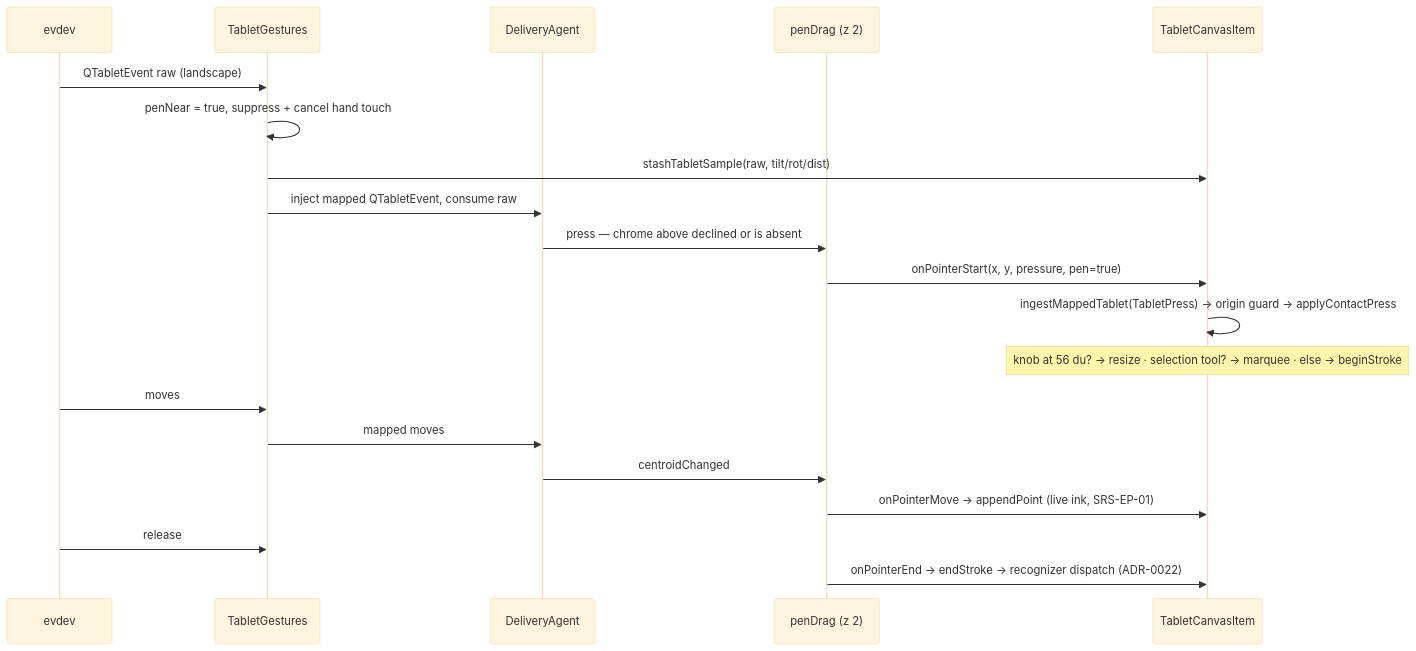
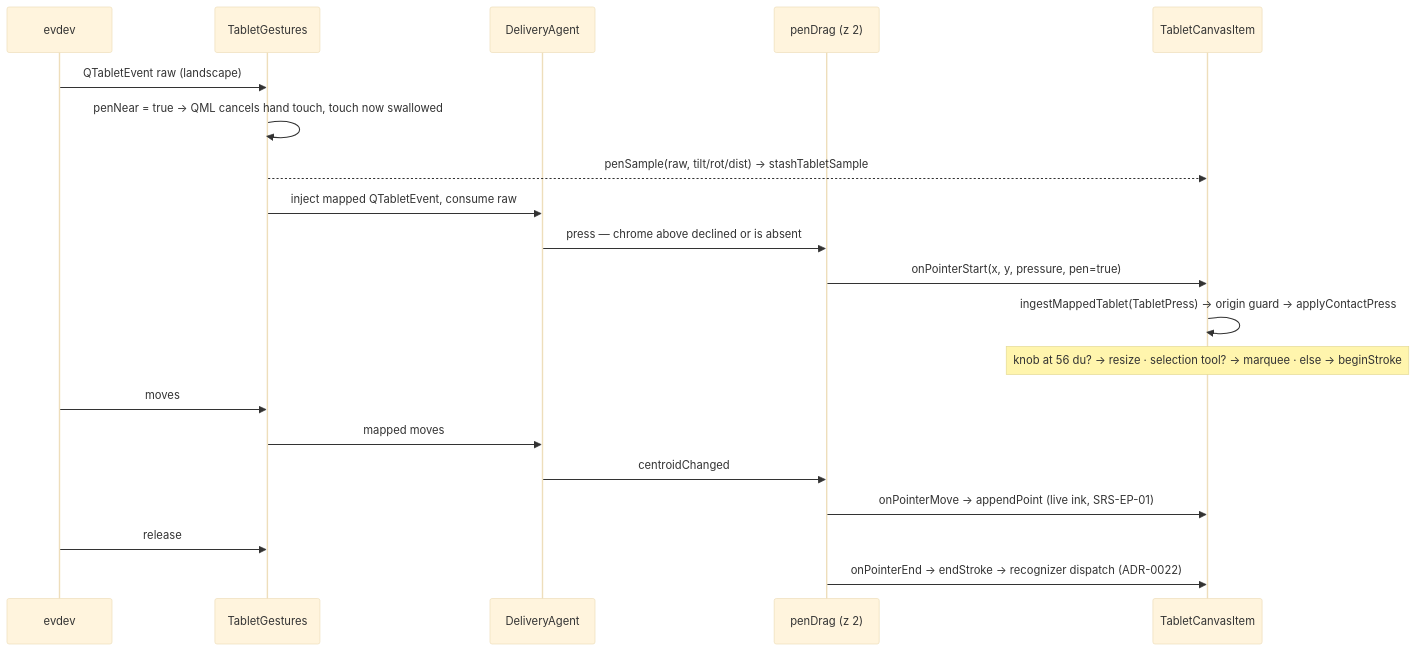
One commit to hoaidv/reawa changed the second of 4 diagrams in .docs/modules/epaper/features/event-system/event-flow.md. Above: the diagram before and after it, drawn with Mermaid (base theme). The commit also changed other lines of this file and 9 other files, not shown here.

````diff
--- a/.docs/modules/epaper/features/event-system/event-flow.md
+++ b/.docs/modules/epaper/features/event-system/event-flow.md
@@ -107,22 +129,22 @@
 ```mermaid
 sequenceDiagram
   participant K as evdev
   participant F as TabletGestures
   participant A as DeliveryAgent
   participant H as penDrag (z 2)
   participant C as TabletCanvasItem
   K->>F: QTabletEvent raw (landscape)
-  F->>F: penNear = true, suppress + cancel hand touch
-  F->>C: stashTabletSample(raw, tilt/rot/dist)
+  F->>F: penNear = true → QML cancels hand touch, touch now swallowed
+  F-->>C: penSample(raw, tilt/rot/dist) → stashTabletSample
   F->>A: inject mapped QTabletEvent, consume raw
   A->>H: press — chrome above declined or is absent
   H->>C: onPointerStart(x, y, pressure, pen=true)
   C->>C: ingestMappedTablet(TabletPress) → origin guard → applyContactPress
   Note over C: knob at 56 du? → resize · selection tool? → marquee · else → beginStroke
   K->>F: moves
   F->>A: mapped moves
   A->>H: centroidChanged
   H->>C: onPointerMove → appendPoint (live ink, SRS-EP-01)
   K->>F: release
   H->>C: onPointerEnd → endStroke → recognizer dispatch (ADR-0022)
 ```
````
